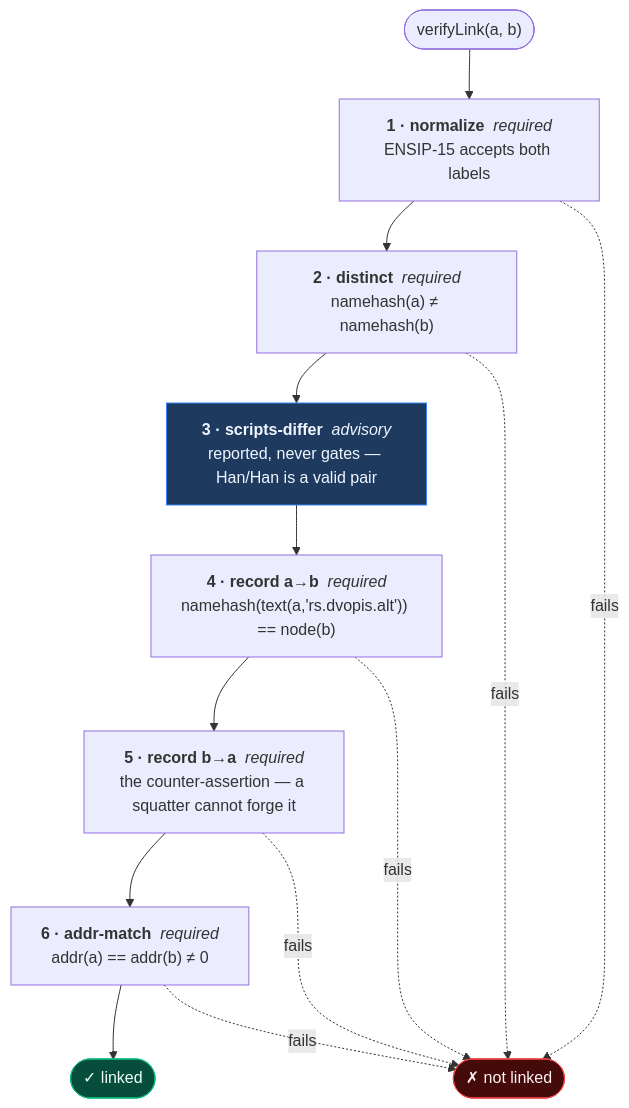
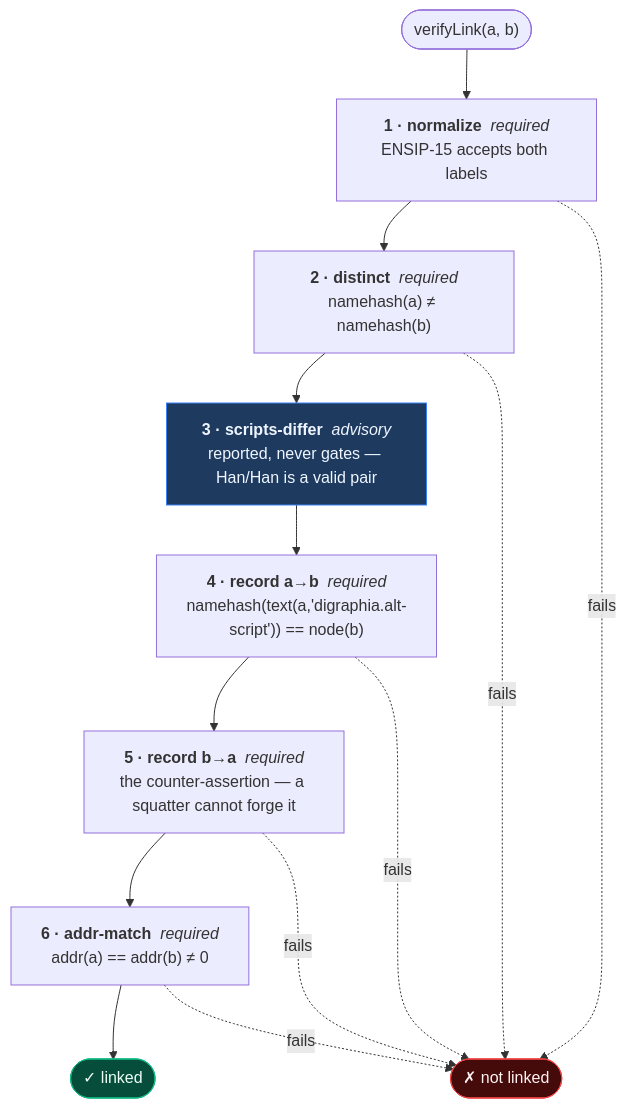
Before and after one commit to leohhhn/digraphia: the second of 2 diagrams in NOTES.md, drawn with Mermaid. The commit also changed other lines of this file and 4 other files, not shown here.

First line of the commit message:
Generalise the record key: rs.dvopis.alt -> digraphia.alt-script

````diff
--- a/NOTES.md
+++ b/NOTES.md
@@ -315,23 +318,23 @@
 ```mermaid
 flowchart TB
     A(["verifyLink(a, b)"]) --> C1
     C1["<b>1 · normalize</b>&nbsp;&nbsp;<i>required</i><br/>ENSIP-15 accepts both labels"]
     C2["<b>2 · distinct</b>&nbsp;&nbsp;<i>required</i><br/>namehash(a) ≠ namehash(b)"]
     C3["<b>3 · scripts-differ</b>&nbsp;&nbsp;<i>advisory</i><br/>reported, never gates — Han/Han is a valid pair"]
-    C4["<b>4 · record a→b</b>&nbsp;&nbsp;<i>required</i><br/>namehash(text(a,'rs.dvopis.alt')) == node(b)"]
+    C4["<b>4 · record a→b</b>&nbsp;&nbsp;<i>required</i><br/>namehash(text(a,'digraphia.alt-script')) == node(b)"]
     C5["<b>5 · record b→a</b>&nbsp;&nbsp;<i>required</i><br/>the counter-assertion — a squatter cannot forge it"]
     C6["<b>6 · addr-match</b>&nbsp;&nbsp;<i>required</i><br/>addr(a) == addr(b) ≠ 0"]
 
     C1 --> C2 --> C3 --> C4 --> C5 --> C6 --> OK(["✓ linked"])
 
     FAIL(["✗ not linked"])
     C1 -.->|fails| FAIL
     C2 -.->|fails| FAIL
     C4 -.->|fails| FAIL
     C5 -.->|fails| FAIL
     C6 -.->|fails| FAIL
 
     style OK   fill:#064e3b,stroke:#10b981,color:#ecfdf5
     style FAIL fill:#450a0a,stroke:#ef4444,color:#fef2f2
     style C3   fill:#1e3a5f,stroke:#3b82f6,color:#eff6ff
 ```
````
